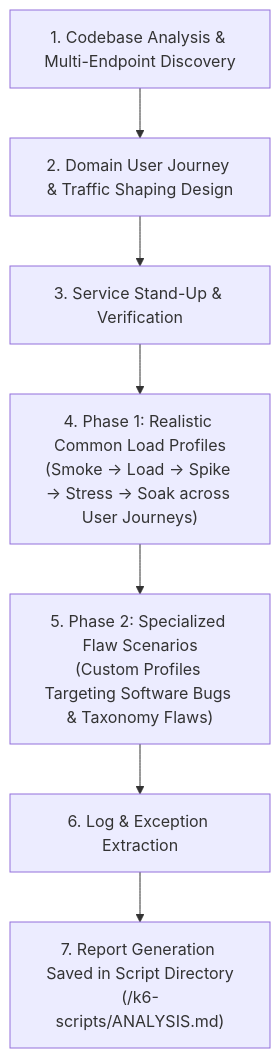
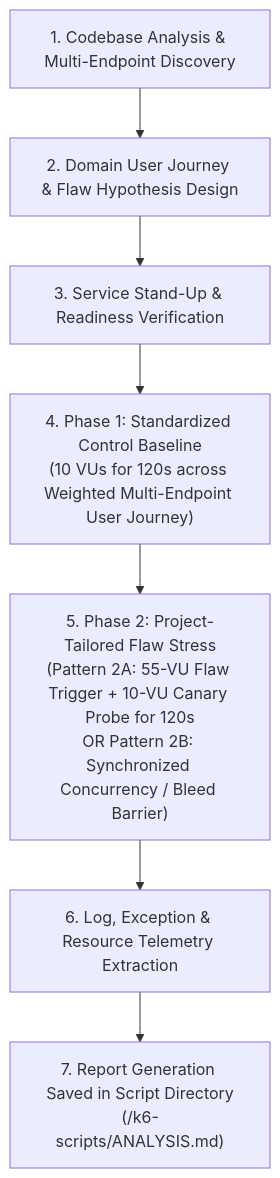
One commit to msamatas/agent-skills changed the diagram in .agents/skills/k6-load-tester/SKILL.md. Above: the diagram before and after it, drawn with Mermaid. The commit also changed other lines of this file and 2 other files, not shown here.

Commit message:
standardize 2-phase benchmarking protocol enforcing a 10-VU control baseline and a 65-VU

````diff
--- a/.agents/skills/k6-load-tester/SKILL.md
+++ b/.agents/skills/k6-load-tester/SKILL.md
@@ -18,9 +18,9 @@
 ```mermaid
 flowchart TD
-    A["1. Codebase Analysis & Multi-Endpoint Discovery"] --> B["2. Domain User Journey & Traffic Shaping Design"]
-    B --> C["3. Service Stand-Up & Verification"]
-    C --> D["4. Phase 1: Realistic Common Load Profiles\n(Smoke → Load → Spike → Stress → Soak across User Journeys)"]
-    D --> E["5. Phase 2: Specialized Flaw Scenarios\n(Custom Profiles Targeting Software Bugs & Taxonomy Flaws)"]
-    E --> F["6. Log & Exception Extraction"]
+    A["1. Codebase Analysis & Multi-Endpoint Discovery"] --> B["2. Domain User Journey & Flaw Hypothesis Design"]
+    B --> C["3. Service Stand-Up & Readiness Verification"]
+    C --> D["4. Phase 1: Standardized Control Baseline\n(10 VUs for 120s across Weighted Multi-Endpoint User Journey)"]
+    D --> E["5. Phase 2: Project-Tailored Flaw Stress\n(Pattern 2A: 55-VU Flaw Trigger + 10-VU Canary Probe for 120s\nOR Pattern 2B: Synchronized Concurrency / Bleed Barrier)"]
+    E --> F["6. Log, Exception & Resource Telemetry Extraction"]
     F --> G["7. Report Generation Saved in Script Directory\n(<project>/k6-scripts/ANALYSIS.md)"]
 ```
````
